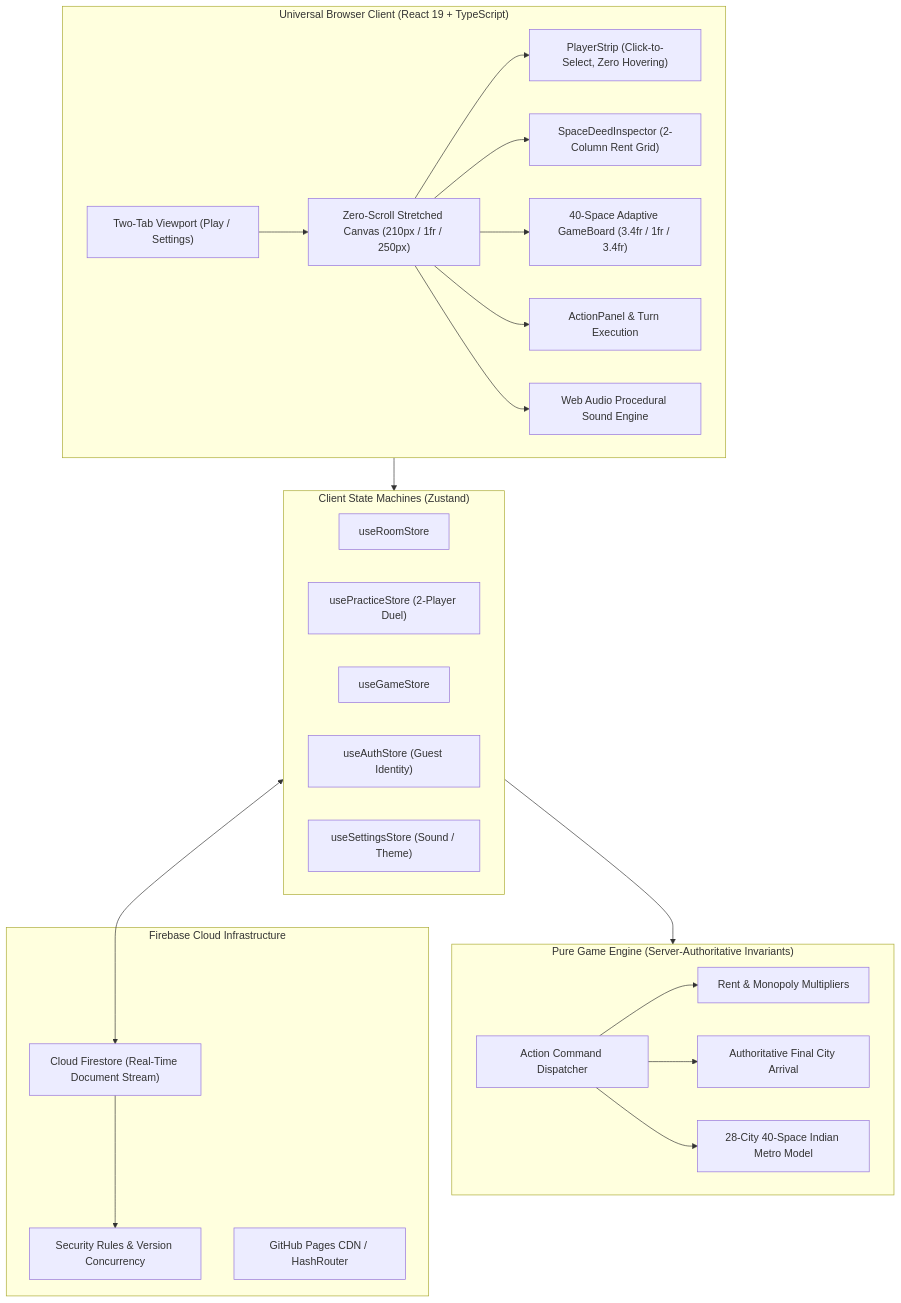
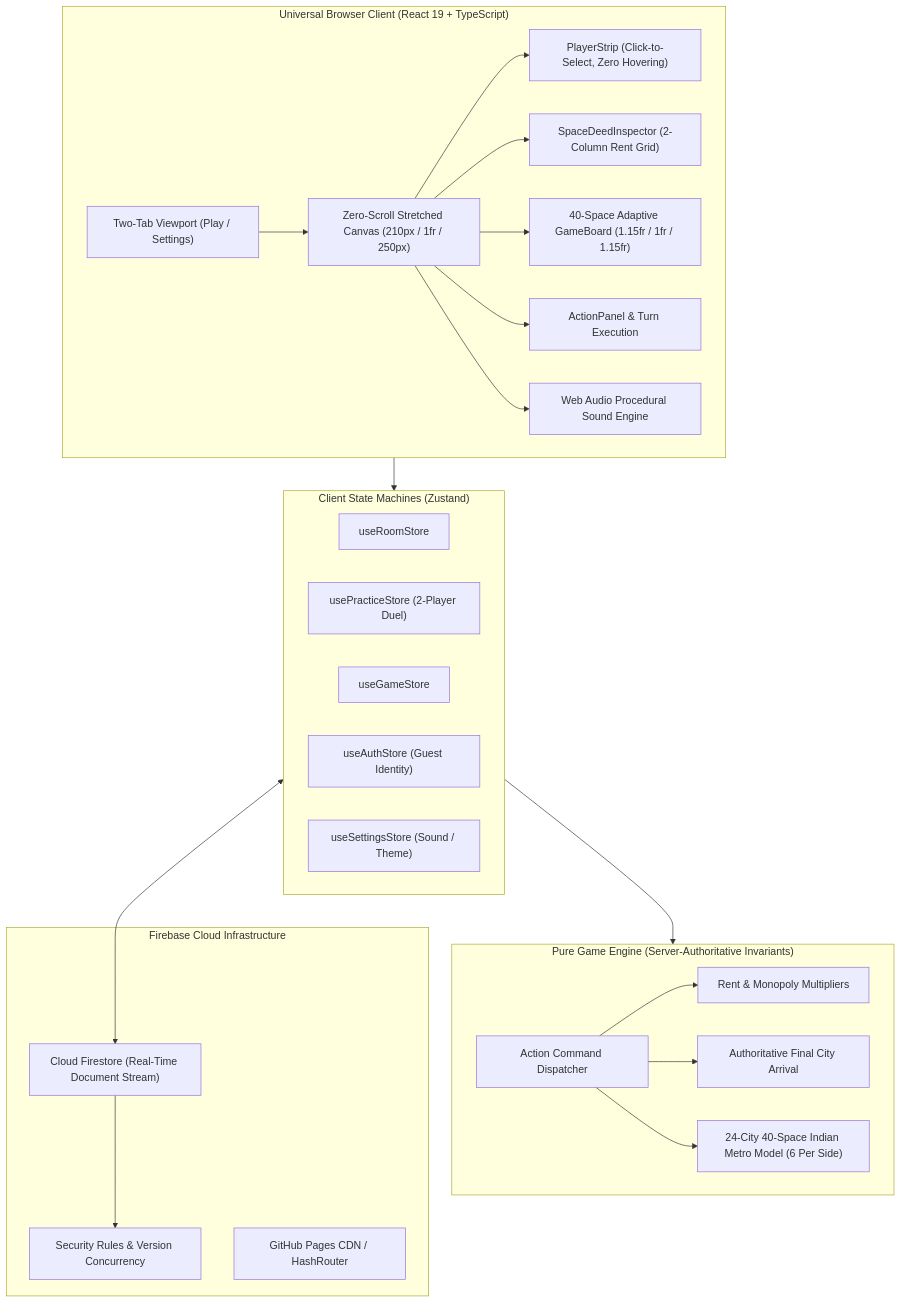
The diagram in README.md (K-692/Monopoly-India-Game), drawn with Mermaid before and after one commit. The commit also changed other lines of this file and 4 other files, not shown here.

Commit message:
feat: 24-city board (6 per side), in-grid railway/airport images, adaptive two-line typography

````diff
--- a/README.md
+++ b/README.md
@@ -105,47 +108,47 @@
 ```mermaid
 flowchart TD
     subgraph BrowserClient["Universal Browser Client (React 19 + TypeScript)"]
         UI["Two-Tab Viewport (Play / Settings)"]
         Canvas["Zero-Scroll Stretched Canvas (210px / 1fr / 250px)"]
-        Board["40-Space Adaptive GameBoard (3.4fr / 1fr / 3.4fr)"]
+        Board["40-Space Adaptive GameBoard (1.15fr / 1fr / 1.15fr)"]
         PlayerPanel["PlayerStrip (Click-to-Select, Zero Hovering)"]
         DeedInspector["SpaceDeedInspector (2-Column Rent Grid)"]
         ActionControls["ActionPanel & Turn Execution"]
         Audio["Web Audio Procedural Sound Engine"]
         UI --> Canvas
         Canvas --> PlayerPanel
         Canvas --> DeedInspector
         Canvas --> Board
         Canvas --> ActionControls
         Canvas --> Audio
     end
 
     subgraph StateManagement["Client State Machines (Zustand)"]
         RoomStore["useRoomStore"]
         PracticeStore["usePracticeStore (2-Player Duel)"]
         GameStore["useGameStore"]
         AuthStore["useAuthStore (Guest Identity)"]
         SettingsStore["useSettingsStore (Sound / Theme)"]
     end
 
     subgraph CoreEngine["Pure Game Engine (Server-Authoritative Invariants)"]
         ActionValidator["Action Command Dispatcher"]
         RentCalculator["Rent & Monopoly Multipliers"]
         DirectDestination["Authoritative Final City Arrival"]
-        BoardTopology["28-City 40-Space Indian Metro Model"]
+        BoardTopology["24-City 40-Space Indian Metro Model (6 Per Side)"]
         ActionValidator --> RentCalculator
         ActionValidator --> DirectDestination
         ActionValidator --> BoardTopology
     end
 
     subgraph CloudBackend["Firebase Cloud Infrastructure"]
         Firestore["Cloud Firestore (Real-Time Document Stream)"]
         SecurityRules["Security Rules & Version Concurrency"]
         Hosting["GitHub Pages CDN / HashRouter"]
     end
 
     BrowserClient --> StateManagement
     StateManagement --> CoreEngine
     StateManagement <--> Firestore
     Firestore --> SecurityRules
 ```
````
